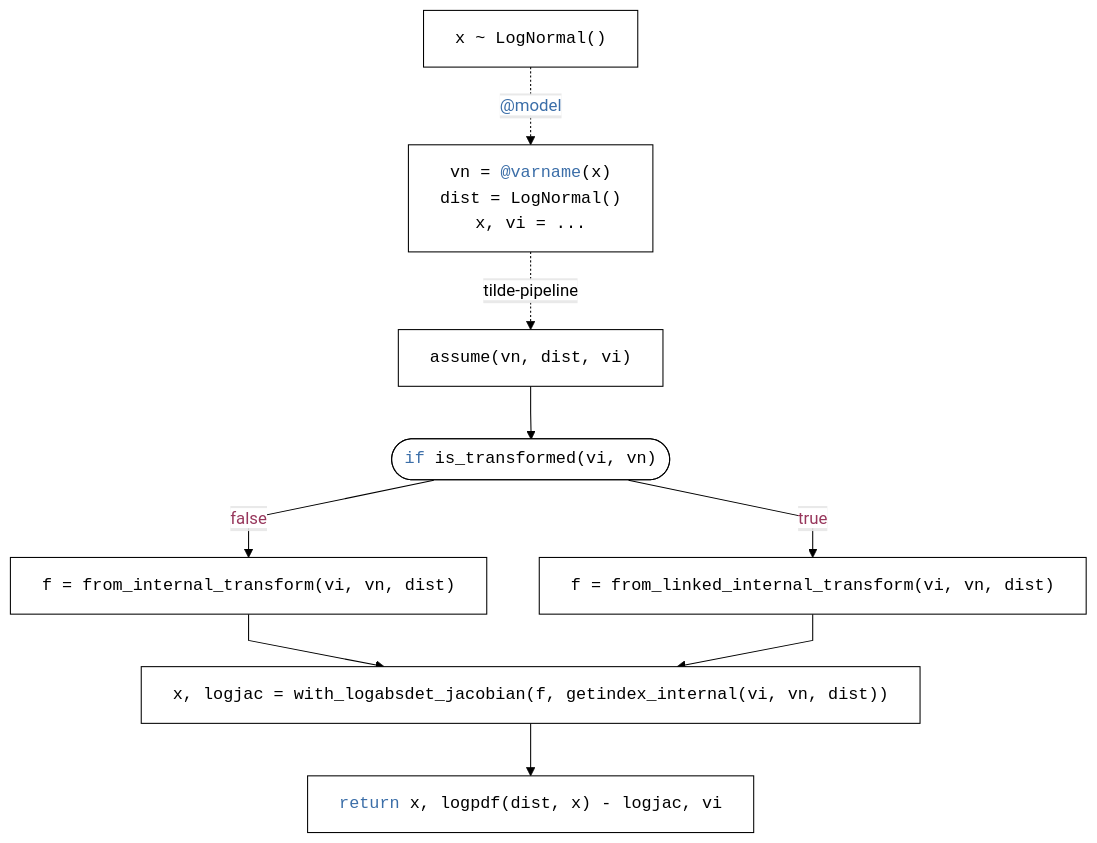
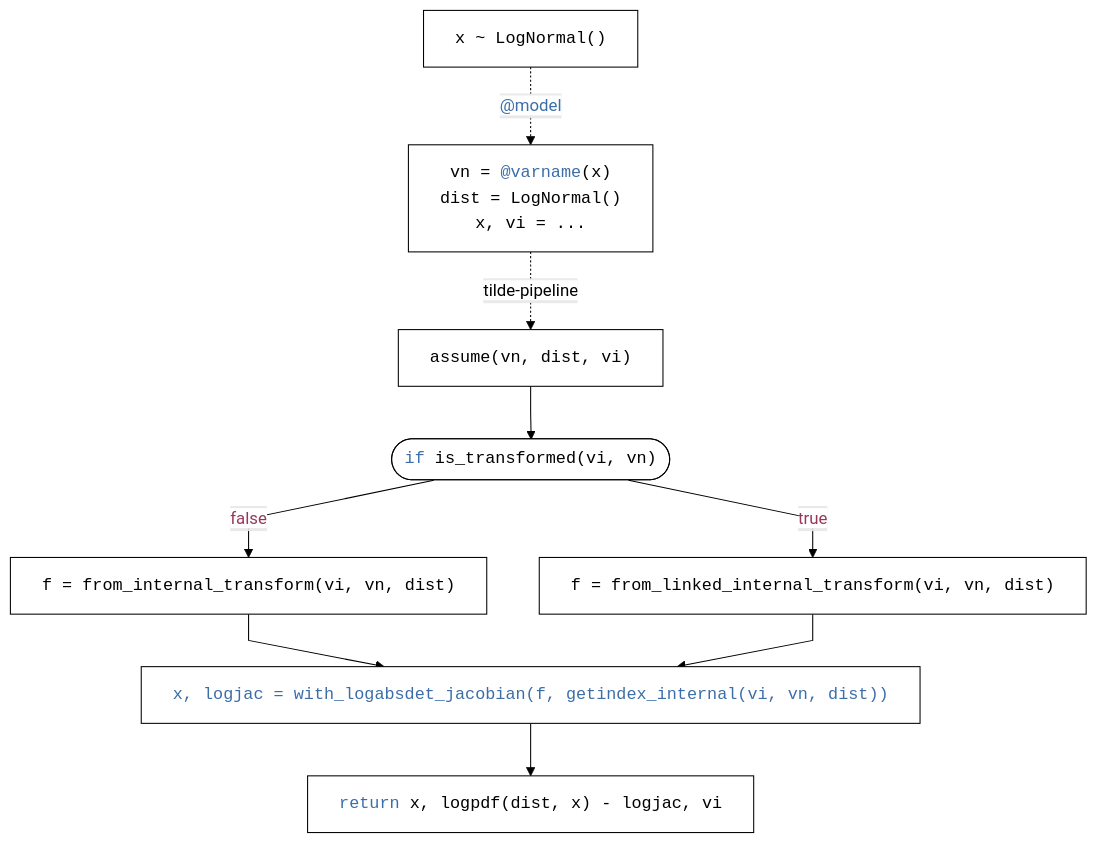
The first of 2 diagrams in developers/transforms/dynamicppl/index.qmd (TuringLang/docs), drawn with Mermaid before and after one commit. The commit also changed other lines of this file and 40 other files, not shown here.

````diff
--- a/developers/transforms/dynamicppl/index.qmd
+++ b/developers/transforms/dynamicppl/index.qmd
@@ -240,27 +240,27 @@
 ```{mermaid}
 %%| echo: false
 
 %%{ init: { 'themeVariables': { 'lineColor': '#000000' } } }%%
 %%{ init: { 'flowchart': { 'curve': 'linear', 'wrappingWidth': -1 } } }%%
 graph TD
     A["x ~ LogNormal()"]:::boxStyle
     B["vn = <span style='color:#3B6EA8 !important;'>@varname</span>(x)<br>dist = LogNormal()<br>x, vi = ..."]:::boxStyle
     C["assume(vn, dist, vi)"]:::boxStyle
     D(["<span style='color:#3B6EA8 !important;'>if</span> is_transformed(vi, vn)"]):::boxStyle
     E["f = from_internal_transform(vi, vn, dist)"]:::boxStyle
     F["f = from_linked_internal_transform(vi, vn, dist)"]:::boxStyle
-    G["x, logjac = with_logabsdet_jacobian(f, getindex_internal(vi, vn, dist))"]:::boxStyle
+    G["<span style='color:#3B6EA8 !important;'>x, logjac = with_logabsdet_jacobian(f, getindex_internal(vi, vn, dist))</span>"]:::boxStyle
     H["<span style='color:#3B6EA8 !important;'>return</span> x, logpdf(dist, x) - logjac, vi"]:::boxStyle
     
     A -.->|<span style='color:#3B6EA8 ; background-color:#ffffff;'>@model</span>| B
     B -.->|<span style='color:#000000 ; background-color:#ffffff;'>tilde-pipeline</span>| C
     C --> D
     D -->|<span style='color:#97365B ; background-color:#ffffff;'>false</span>| E
     D -->|<span style='color:#97365B ; background-color:#ffffff;'>true</span>| F
     E --> G
     F --> G
     G --> H
 
     classDef boxStyle fill:#ffffff,stroke:#000000,font-family:Courier,color:#000000
     linkStyle default stroke:#000000,stroke-width:1px,color:#000000
 ```
````
